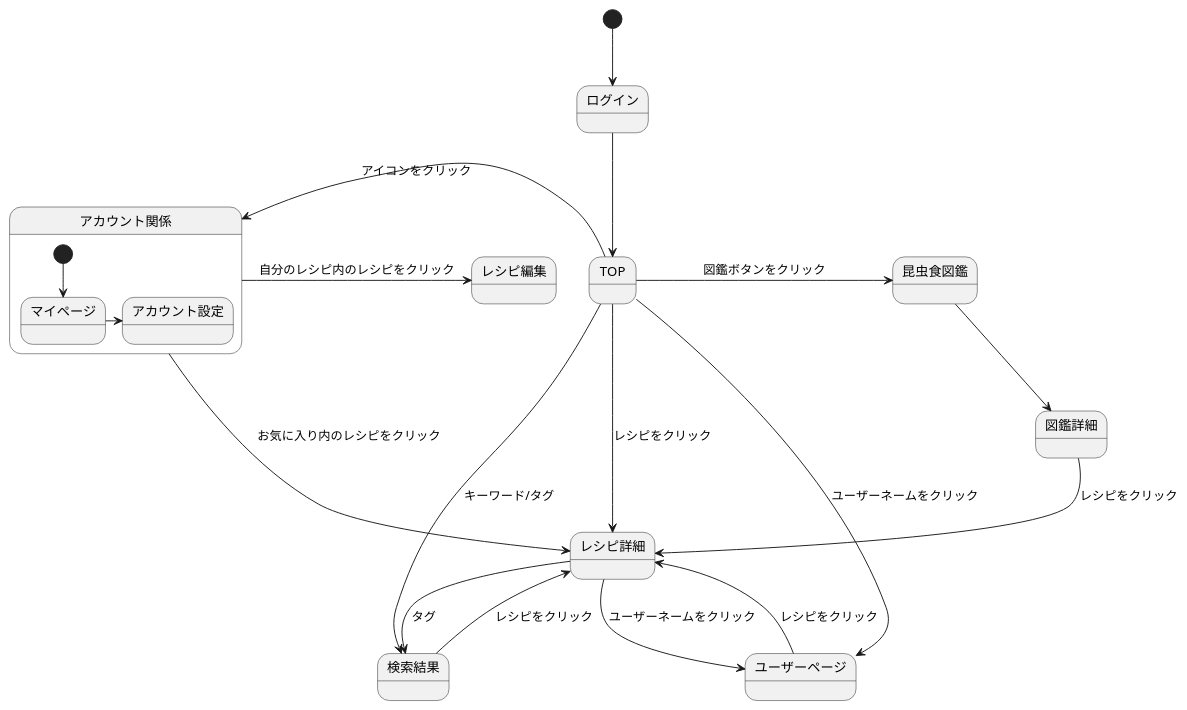
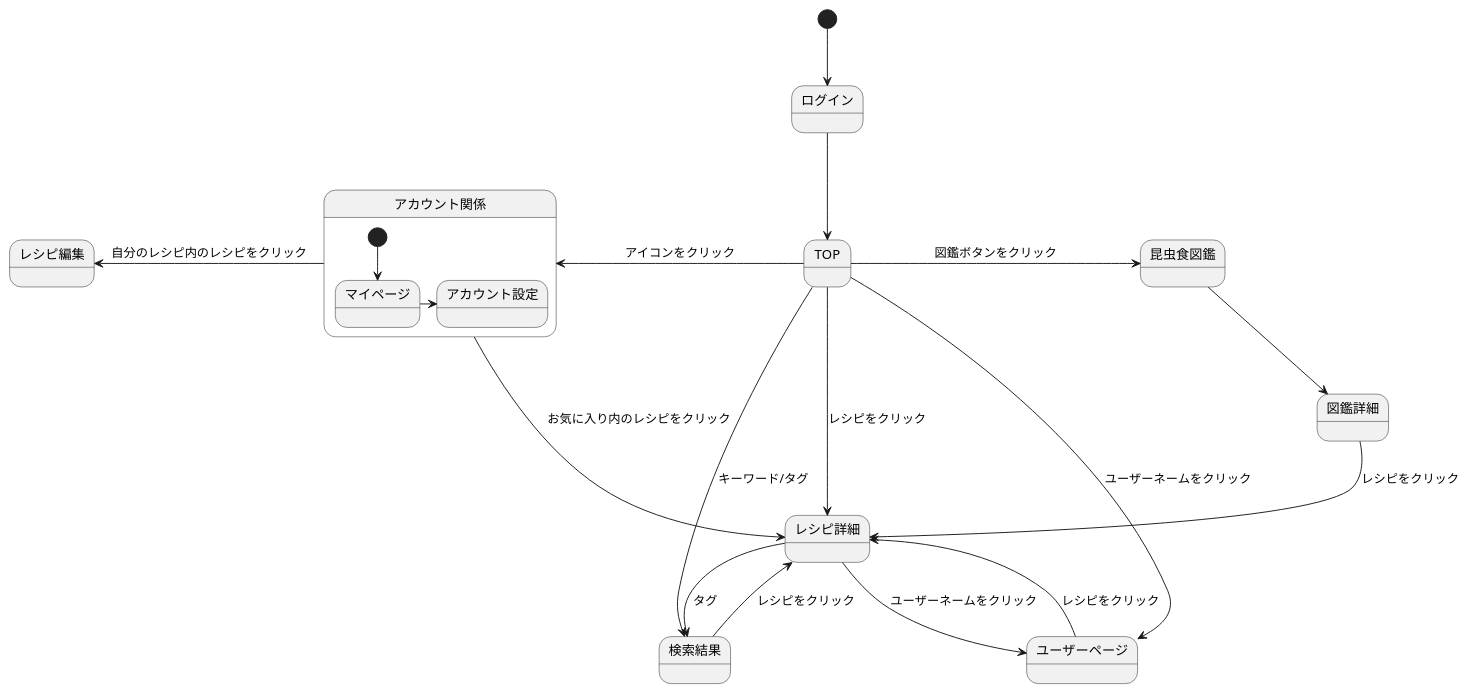
One commit to ASO2001040/bugbug-design changed the diagram in ScreenTransitionDiagramlogin.md. Above: the diagram before and after it, drawn with PlantUML.

````diff
--- a/ScreenTransitionDiagramlogin.md
+++ b/ScreenTransitionDiagramlogin.md
@@ -1,25 +1,25 @@
 ```uml
 @startuml
 [*]-->ログイン
 
 ログイン-->TOP
 TOP-left->アカウント関係: アイコンをクリック
 TOP->昆虫食図鑑: 図鑑ボタンをクリック
 TOP->ユーザーページ: ユーザーネームをクリック
 TOP->レシピ詳細: レシピをクリック
 TOP->検索結果: キーワード/タグ
 アカウント関係->レシピ詳細: お気に入り内のレシピをクリック
-アカウント関係->レシピ編集: 自分のレシピ内のレシピをクリック
+アカウント関係-left->レシピ編集: 自分のレシピ内のレシピをクリック
 ユーザーページ-->レシピ詳細: レシピをクリック
 レシピ詳細-->ユーザーページ: ユーザーネームをクリック
 レシピ詳細-->検索結果: タグ
 検索結果-->レシピ詳細: レシピをクリック
 昆虫食図鑑-->図鑑詳細
 図鑑詳細-->レシピ詳細: レシピをクリック
 
 state アカウント関係 {
  [*] --> マイページ
 マイページ-> アカウント設定
  }
 @enduml
 ```
````
